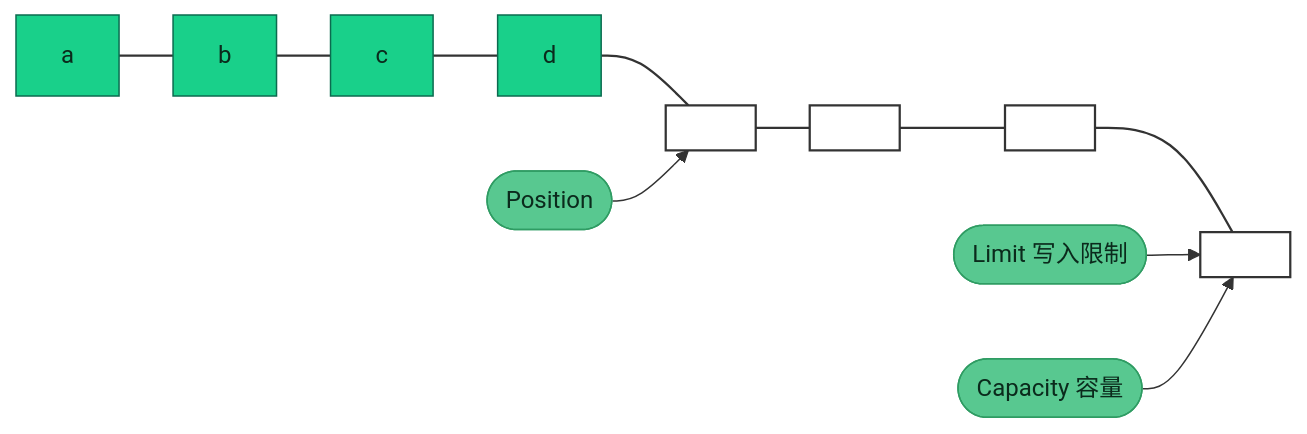
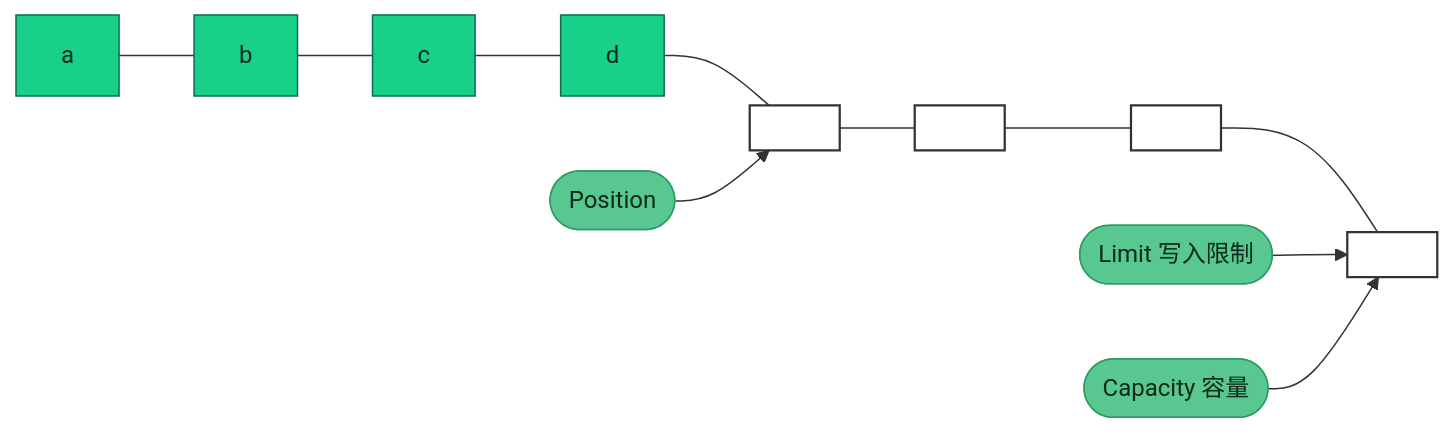
The first of 2 diagrams in src/code/netty/basic.md (du-mozzie/du-mozzie.github.io), drawn with Mermaid before and after one commit.

Commit message:
docs(netty): 移除Buffer流程图中的多余配置
移除了Mermaid流程图中不必要的初始化配置和链接样式定义，
简化了图表代码结构，使文档更清晰易读。

````diff
--- a/src/code/netty/basic.md
+++ b/src/code/netty/basic.md
@@ -49,24 +49,21 @@
 ```mermaid
-%%{init: {"flowchart": {"nodeSpacing": 0, "rankSpacing": 36}}}%%
 flowchart LR
     classDef filled fill:#19d08a,stroke:#0b6b4f,color:#0b2a1c;
     classDef empty fill:#ffffff,stroke:#333,stroke-width:1.5px,color:#333;
     classDef label fill:#58c890,stroke:#2f9c63,color:#0b2a1c;
 
     c1["a"]:::filled
     c2["b"]:::filled
     c3["c"]:::filled
     c4["d"]:::filled
     e1[" "]:::empty
     e2[" "]:::empty
     e3[" "]:::empty
     e4[" "]:::empty
 
     c1 --- c2 --- c3 --- c4 --- e1 --- e2 --- e3 --- e4
 
     pos([Position]):::label --> e1
     lim(["Limit 写入限制"]):::label --> e4
     cap(["Capacity 容量"]):::label --> e4
-
-    linkStyle 0,1,2,3,4,5,6 stroke:#333,stroke-width:1.5px;
 ```
````
